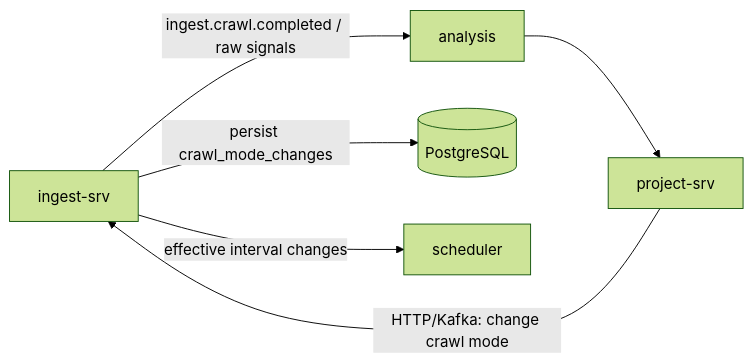
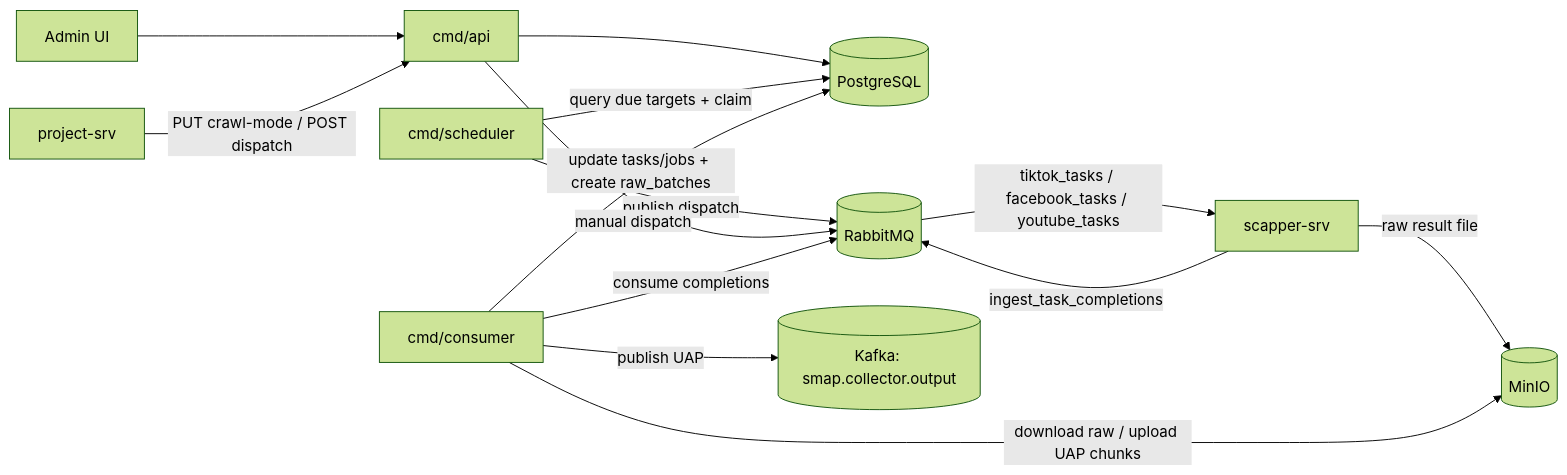
The second of 5 diagrams in README.md (smap-hcmut/ingest-srv), drawn with Mermaid (forest theme) before and after one commit. The commit also changed other lines of this file and 2 other files, not shown here.

````diff
--- a/README.md
+++ b/README.md
@@ -399,8 +141,21 @@
 ```mermaid
 flowchart LR
-    INGEST[ingest-srv] -->|ingest.crawl.completed / raw signals| ANALYSIS[analysis]
-    ANALYSIS --> PROJECT[project-srv]
-    PROJECT -->|HTTP/Kafka: change crawl mode| INGEST
-    INGEST -->|persist crawl_mode_changes| DB[(PostgreSQL)]
-    INGEST -->|effective interval changes| SCHEDULER[scheduler]
+    UI[Admin UI] --> API[cmd/api]
+    PROJECT[project-srv] -->|PUT crawl-mode / POST dispatch| API
+
+    API --> PG[(PostgreSQL)]
+
+    SCHED[cmd/scheduler] -->|query due targets + claim| PG
+    SCHED -->|publish dispatch| MQ[(RabbitMQ)]
+
+    API -->|manual dispatch| MQ
+
+    MQ -->|tiktok_tasks / facebook_tasks / youtube_tasks| CRAWLER[scapper-srv]
+    CRAWLER -->|raw result file| MINIO[(MinIO)]
+    CRAWLER -->|ingest_task_completions| MQ
+
+    CONS[cmd/consumer] -->|consume completions| MQ
+    CONS -->|update tasks/jobs + create raw_batches| PG
+    CONS -->|download raw / upload UAP chunks| MINIO
+    CONS -->|publish UAP| KAFKA[(Kafka: smap.collector.output)]
 ```
````
